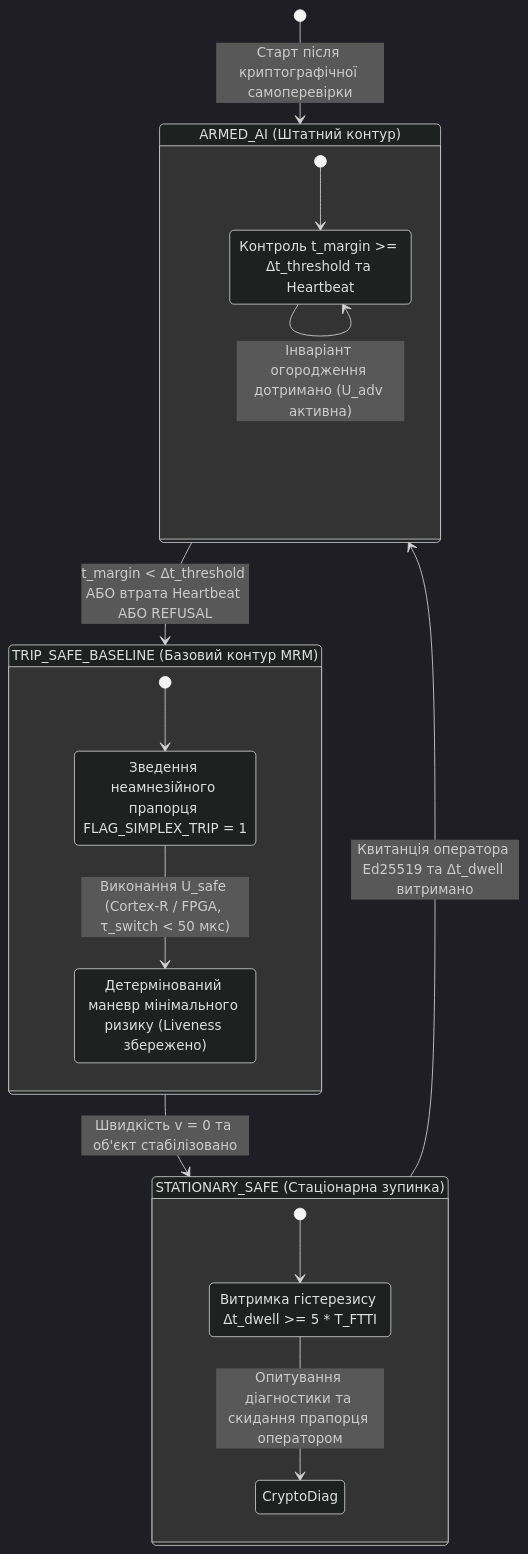
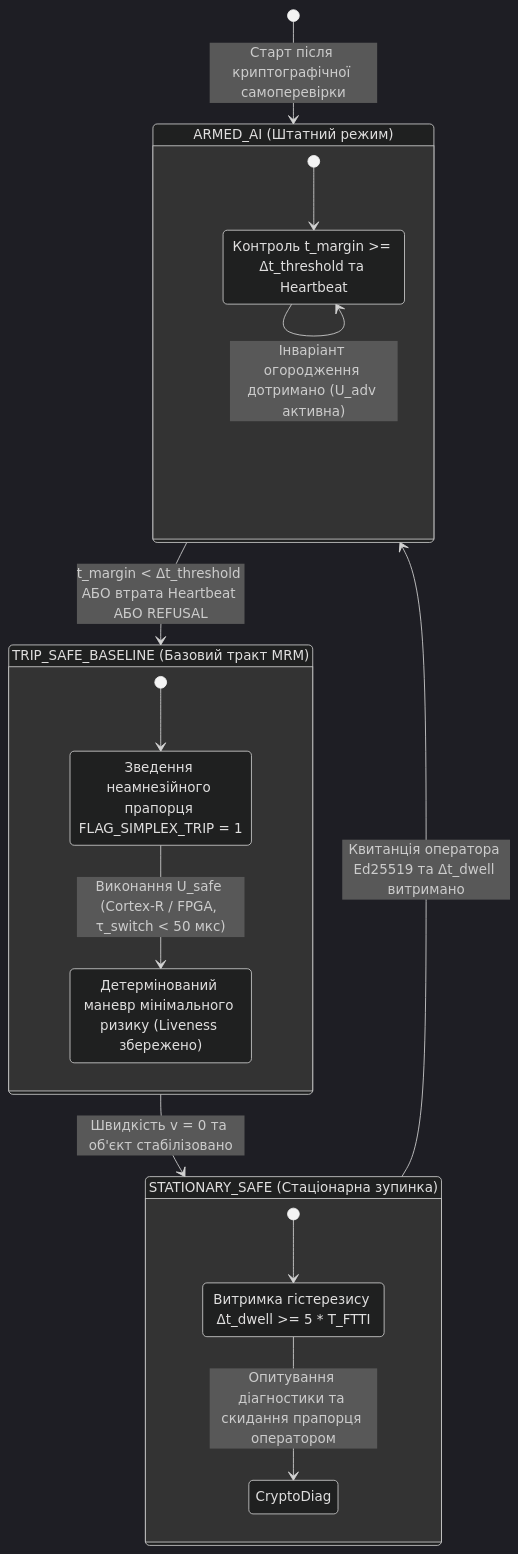
Before and after one commit to nick-fedchik/articles: the sixth of 7 diagrams in ExpertSystem/ch28-dual-mode-expert-systems.md, drawn with Mermaid (dark theme). The commit also changed other lines of this file and 375 other files, not shown here.

````diff
--- a/ExpertSystem/ch28-dual-mode-expert-systems.md
+++ b/ExpertSystem/ch28-dual-mode-expert-systems.md
@@ -716,30 +812,30 @@
 ```mermaid
 stateDiagram-v2
     accTitle: Гістерезисний автомат апаратного арбітра Сімплекс без граничних циклів
-    accDescr: Перехід між дорадчим керуванням ARMED_AI, захисним контуром TRIP_SAFE_BASELINE та стаціонарним безпечним станом STATIONARY_SAFE з витримкою гістерезису.
+    accDescr: Перехід між дорадчим керуванням ARMED_AI, захисним трактом TRIP_SAFE_BASELINE та стаціонарним безпечним станом STATIONARY_SAFE з витримкою гістерезису.
 
     [*] --> ARMED_AI: Старт після криптографічної самоперевірки
 
-    state "ARMED_AI (Штатний контур)" as ARMED_AI {
+    state "ARMED_AI (Штатний режим)" as ARMED_AI {
         [*] --> MonitorMargin
         MonitorMargin: Контроль t_margin >= Δt_threshold та Heartbeat
         MonitorMargin --> MonitorMargin: Інваріант огородження дотримано (U_adv активна)
     }
 
-    state "TRIP_SAFE_BASELINE (Базовий контур MRM)" as TRIP_SAFE_BASELINE {
+    state "TRIP_SAFE_BASELINE (Базовий тракт MRM)" as TRIP_SAFE_BASELINE {
         [*] --> LatchTrip
         LatchTrip: Зведення неамнезійного прапорця FLAG_SIMPLEX_TRIP = 1
         LatchTrip --> ExecuteMRM: Виконання U_safe (Cortex-R / FPGA, τ_switch < 50 мкс)
         ExecuteMRM: Детермінований маневр мінімального ризику (Liveness збережено)
     }
 
     state "STATIONARY_SAFE (Стаціонарна зупинка)" as STATIONARY_SAFE {
         [*] --> DwellTimer
         DwellTimer: Витримка гістерезису Δt_dwell >= 5 * T_FTTI
         DwellTimer --> CryptoDiag: Опитування діагностики та скидання прапорця оператором
     }
 
     ARMED_AI --> TRIP_SAFE_BASELINE: t_margin < Δt_threshold АБО втрата Heartbeat АБО REFUSAL
     TRIP_SAFE_BASELINE --> STATIONARY_SAFE: Швидкість v = 0 та об'єкт стабілізовано
     STATIONARY_SAFE --> ARMED_AI: Квитанція оператора Ed25519 та Δt_dwell витримано
 ```
````
